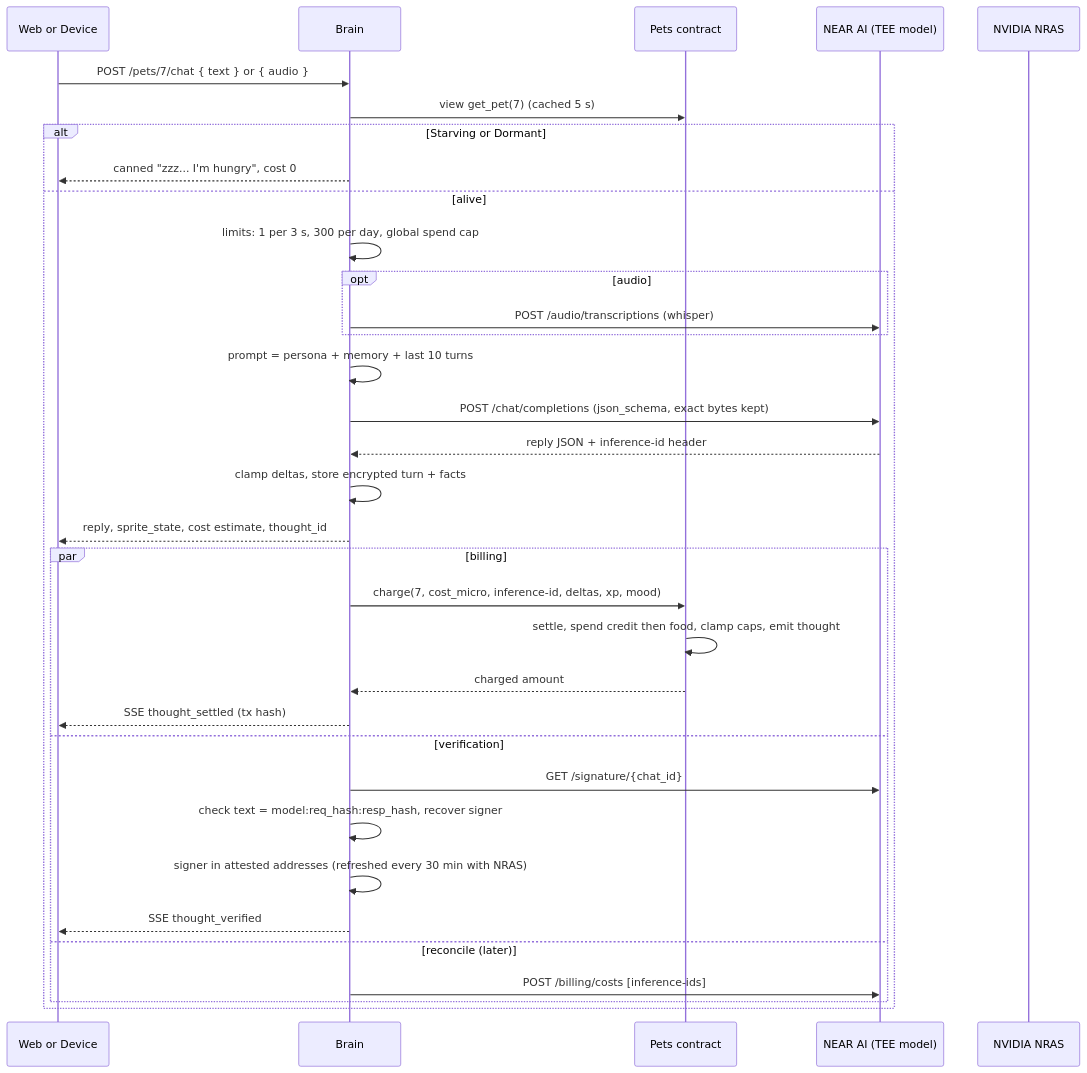
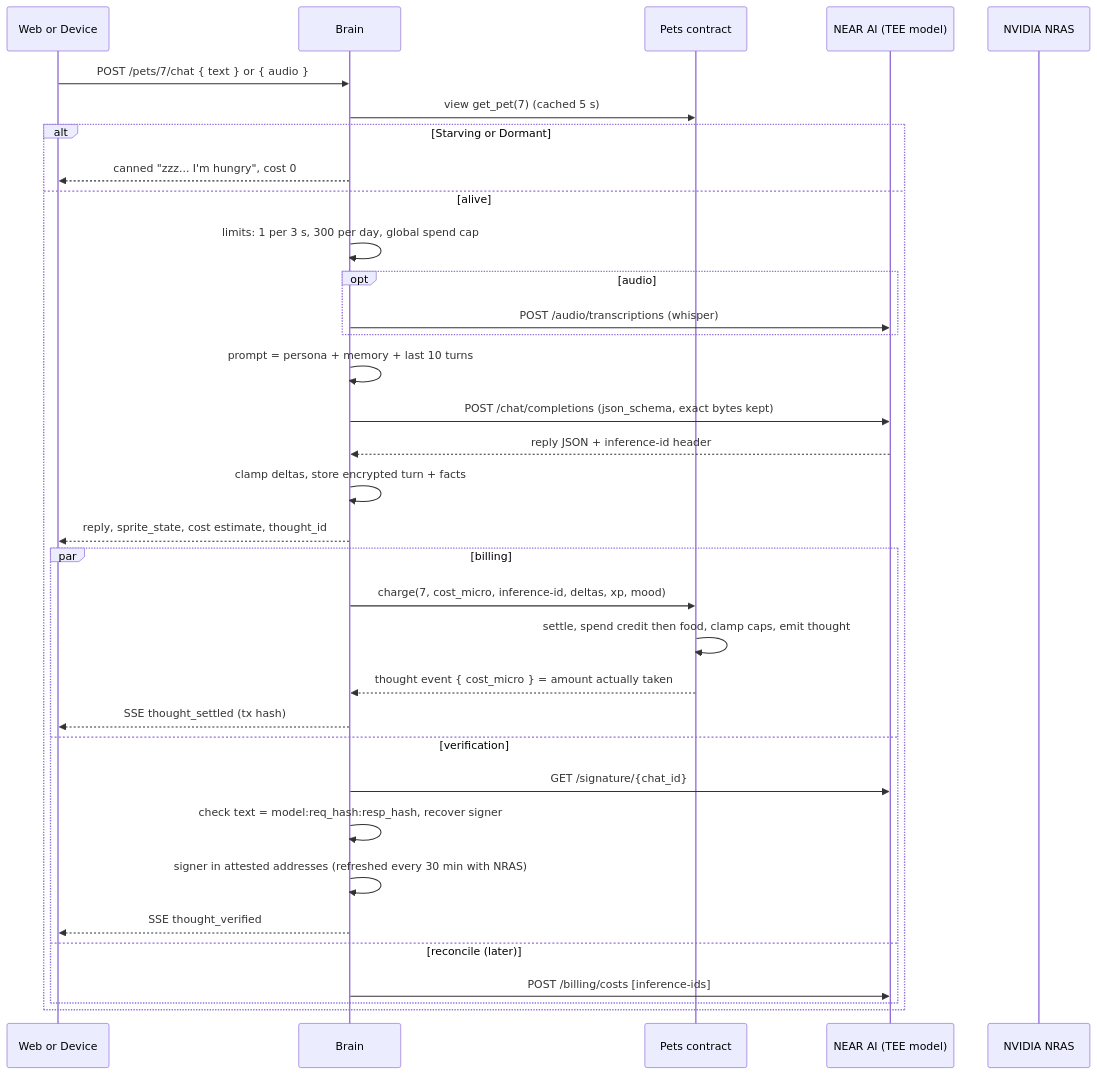
Diagram 11 of 17 in Architecture.md (JNHNG0205/Nearling), drawn with Mermaid before and after one commit. The commit also changed other lines of this file and 3 other files, not shown here.

First line of the commit message:
docs: align architecture with the contract as built (M1 to M4)

````diff
--- a/Architecture.md
+++ b/Architecture.md
@@ -534,36 +549,36 @@
 ```mermaid
 sequenceDiagram
   participant Cl as Web or Device
   participant B as Brain
   participant C as Pets contract
   participant AI as NEAR AI (TEE model)
   participant N as NVIDIA NRAS
   Cl->>B: POST /pets/7/chat { text } or { audio }
   B->>C: view get_pet(7) (cached 5 s)
   alt Starving or Dormant
     B-->>Cl: canned "zzz... I'm hungry", cost 0
   else alive
     B->>B: limits: 1 per 3 s, 300 per day, global spend cap
     opt audio
       B->>AI: POST /audio/transcriptions (whisper)
     end
     B->>B: prompt = persona + memory + last 10 turns
     B->>AI: POST /chat/completions (json_schema, exact bytes kept)
     AI-->>B: reply JSON + inference-id header
     B->>B: clamp deltas, store encrypted turn + facts
     B-->>Cl: reply, sprite_state, cost estimate, thought_id
     par billing
       B->>C: charge(7, cost_micro, inference-id, deltas, xp, mood)
       C->>C: settle, spend credit then food, clamp caps, emit thought
-      C-->>B: charged amount
+      C-->>B: thought event { cost_micro } = amount actually taken
       B-->>Cl: SSE thought_settled (tx hash)
     and verification
       B->>AI: GET /signature/{chat_id}
       B->>B: check text = model:req_hash:resp_hash, recover signer
       B->>B: signer in attested addresses (refreshed every 30 min with NRAS)
       B-->>Cl: SSE thought_verified
     and reconcile (later)
       B->>AI: POST /billing/costs [inference-ids]
     end
   end
 ```
````
